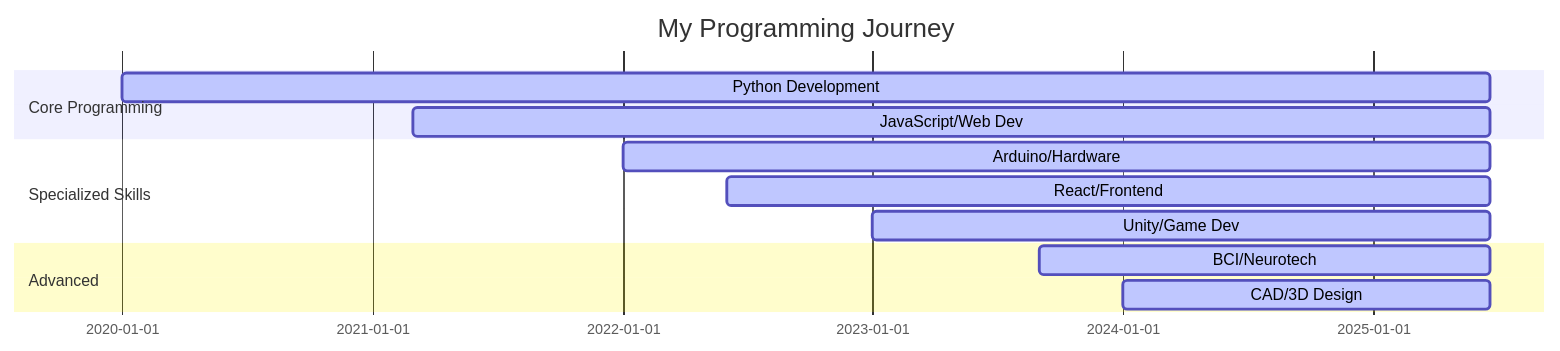
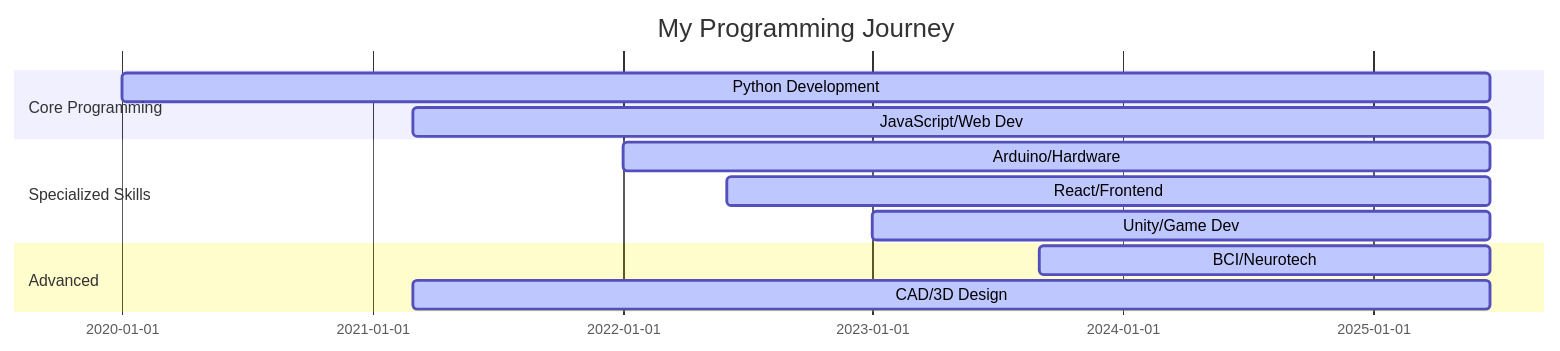
Before and after one commit to Aarav0Maz/Aarav0Maz: the diagram in README.md, drawn with Mermaid.

````diff
--- a/README.md
+++ b/README.md
@@ -106,15 +106,15 @@
 ```mermaid
 gantt
     title My Programming Journey
     dateFormat  YYYY-MM-DD
     section Core Programming
     Python Development    :active, python, 2020-01-01, 2025-06-20
     JavaScript/Web Dev    :active, js, 2021-03-01, 2025-06-20
     section Specialized Skills
     Arduino/Hardware      :active, hardware, 2022-01-01, 2025-06-20
     React/Frontend        :active, react, 2022-06-01, 2025-06-20
     Unity/Game Dev        :active, unity, 2023-01-01, 2025-06-20
     section Advanced
     BCI/Neurotech        :active, bci, 2023-09-01, 2025-06-20
-    CAD/3D Design        :active, cad, 2024-01-01, 2025-06-20
+    CAD/3D Design        :active, cad, 2021-03-01, 2025-06-20
 ```
````
